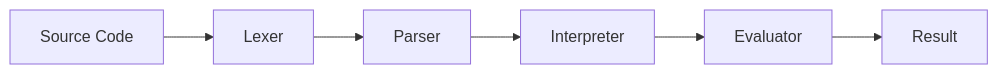
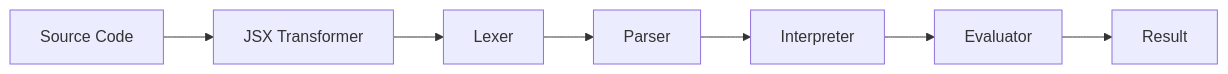
The diagram in README.md (frostney/GocciaScript), drawn with Mermaid before and after one commit. The commit also changed other lines of this file and 58 other files, not shown here.

````diff
--- a/README.md
+++ b/README.md
@@ -188,4 +193,4 @@
 ```mermaid
 flowchart LR
-    Source["Source Code"] --> Lexer --> Parser --> Interpreter --> Evaluator --> Result
+    Source["Source Code"] --> JSXTransformer["JSX Transformer"] --> Lexer --> Parser --> Interpreter --> Evaluator --> Result
 ```
````
